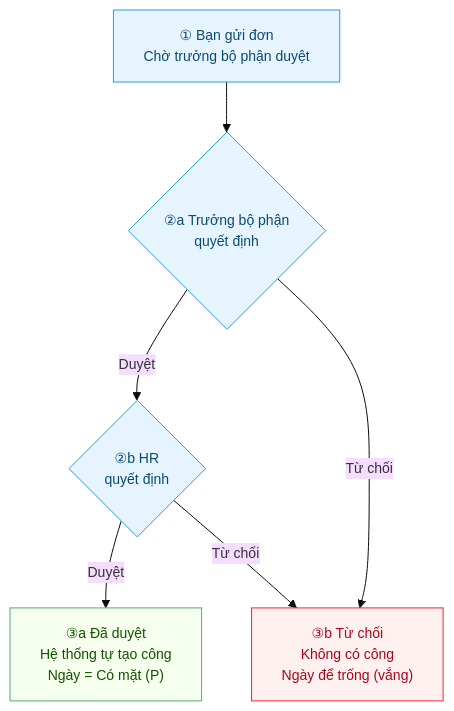
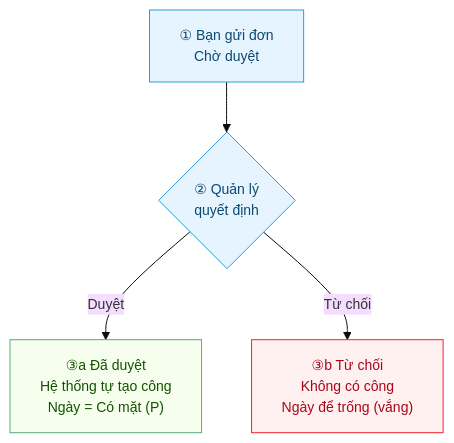
Before and after one commit to CobeGroup/cobe_erp_documents: the second of 2 diagrams in users/Guide-NhanVien-ChamCongNgoai.md, drawn with Mermaid. The commit also changed other lines of this file and 14 other files, not shown here.

````diff
--- a/users/Guide-NhanVien-ChamCongNgoai.md
+++ b/users/Guide-NhanVien-ChamCongNgoai.md
@@ -119,16 +119,14 @@
 ```mermaid
 %%{init:{'theme':'base','themeVariables':{'fontSize':'14px'}}}%%
 flowchart TB
   classDef p fill:#e6f4ff,stroke:#299dd8,color:#0b4a6f;
   classDef g fill:#f6ffed,stroke:#54ab78,color:#135200;
   classDef r fill:#fff1f0,stroke:#f5222d,color:#a8071a;
-  S0["① Bạn gửi đơn<br/>Chờ trưởng bộ phận duyệt"] --> S1{"②a Trưởng bộ phận<br/>quyết định"}
-  S1 -- "Duyệt" --> S1b{"②b HR<br/>quyết định"}
-  S1b -- "Duyệt" --> S2["③a Đã duyệt<br/>Hệ thống tự tạo công<br/>Ngày = Có mặt (P)"]
+  S0["① Bạn gửi đơn<br/>Chờ duyệt"] --> S1{"② Quản lý<br/>quyết định"}
+  S1 -- "Duyệt" --> S2["③a Đã duyệt<br/>Hệ thống tự tạo công<br/>Ngày = Có mặt (P)"]
   S1 -- "Từ chối" --> S3["③b Từ chối<br/>Không có công<br/>Ngày để trống (vắng)"]
-  S1b -- "Từ chối" --> S3
   class S0 p
-  class S1,S1b p
+  class S1 p
   class S2 g
   class S3 r
 ```
````
